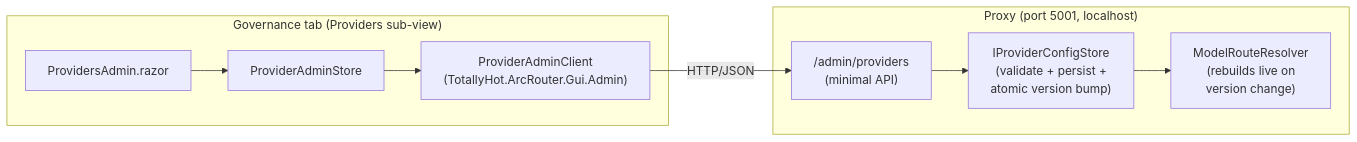
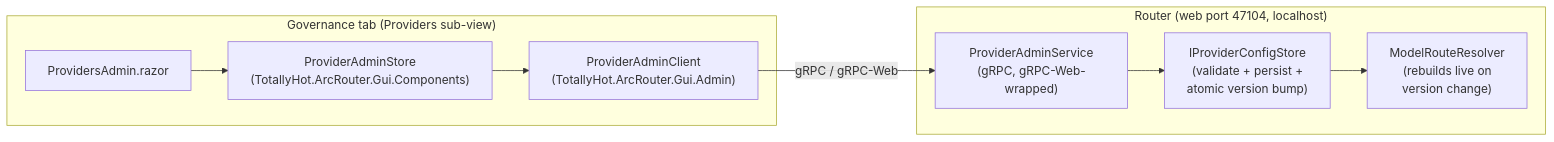
Before and after one commit to davidpizon/TotallyHot-ArcRouter: the diagram in docs/gui/provider-management.md, drawn with Mermaid. The commit also changed other lines of this file and 23 other files, not shown here.

First line of the commit message:
Web GUI migration P11: docs close-out — plan closed

````diff
--- a/docs/gui/provider-management.md
+++ b/docs/gui/provider-management.md
@@ -18,16 +20,16 @@
 ```mermaid
 flowchart LR
     subgraph gui["Governance tab (Providers sub-view)"]
         razor["ProvidersAdmin.razor"]
-        store["ProviderAdminStore"]
+        store["ProviderAdminStore<br/>(TotallyHot.ArcRouter.Gui.Components)"]
         client["ProviderAdminClient<br/>(TotallyHot.ArcRouter.Gui.Admin)"]
         razor --> store --> client
     end
-    subgraph proxy["Proxy (port 5001, localhost)"]
-        api["/admin/providers<br/>(minimal API)"]
+    subgraph router["Router (web port 47104, localhost)"]
+        api["ProviderAdminService<br/>(gRPC, gRPC-Web-wrapped)"]
         cfg["IProviderConfigStore<br/>(validate + persist +<br/>atomic version bump)"]
         resolver["ModelRouteResolver<br/>(rebuilds live on<br/>version change)"]
         api --> cfg --> resolver
     end
-    client -- "HTTP/JSON" --> api
+    client -- "gRPC / gRPC-Web" --> api
 ```
````
